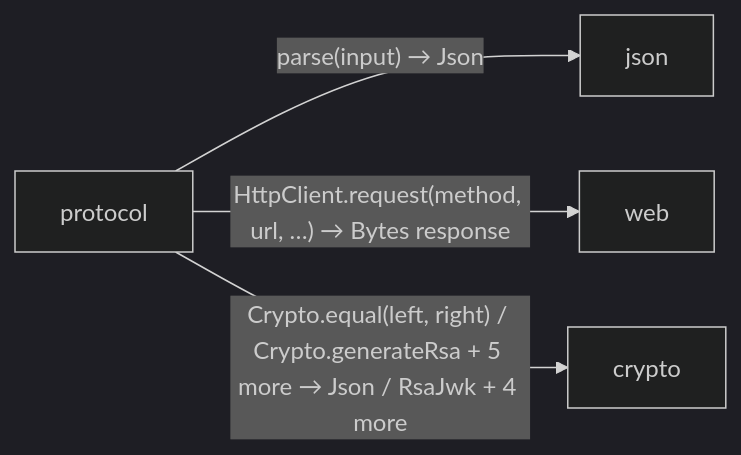
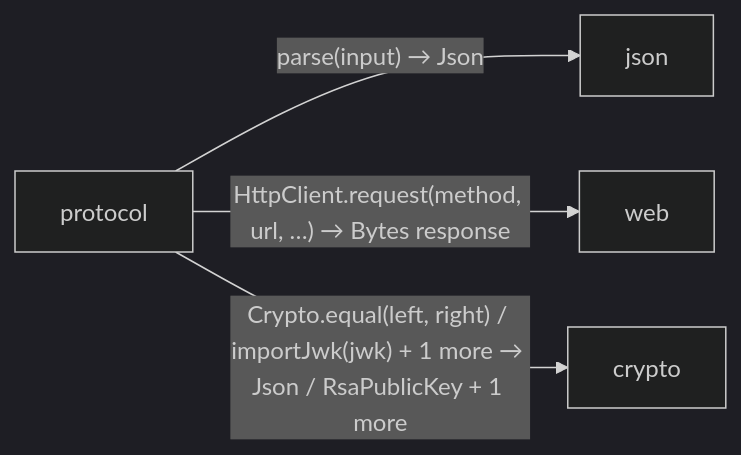
Before and after one commit to GreenPandaStudios/augscript: the sixth of 7 diagrams in docs/examples/oidc-login/diagrams/folders/client/index.md, drawn with Mermaid (dark theme). The commit also changed other lines of this file and 658 other files, not shown here.

````diff
--- a/docs/examples/oidc-login/diagrams/folders/client/index.md
+++ b/docs/examples/oidc-login/diagrams/folders/client/index.md
@@ -102,10 +102,10 @@
 ```mermaid
 flowchart LR
     n0["protocol"]
     n1["json"]
     n2["web"]
     n3["crypto"]
     n0 -->|"parse(input) → Json"| n1
     n0 -->|"HttpClient.request(method, url, …) → Bytes response"| n2
-    n0 -->|"Crypto.equal(left, right) / Crypto.generateRsa + 5 more → Json / RsaJwk + 4 more"| n3
+    n0 -->|"Crypto.equal(left, right) / importJwk(jwk) + 1 more → Json / RsaPublicKey + 1 more"| n3
 ```
````
